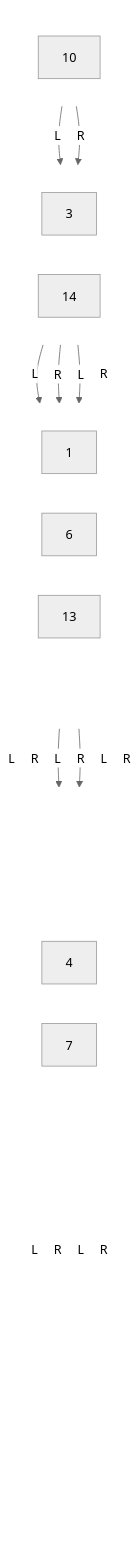
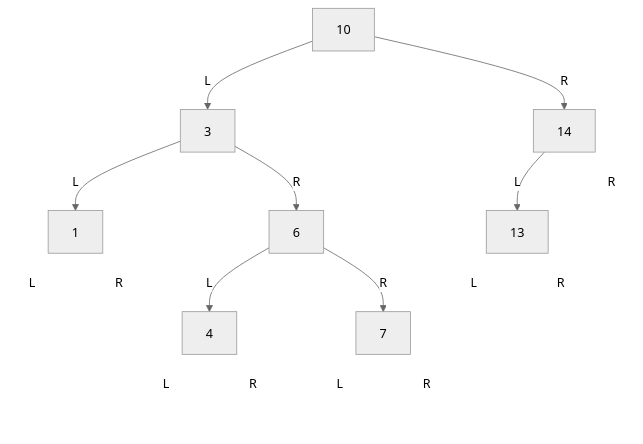
One commit to FormingSystem/linux_note changed diagram 12 of 28 in knowledge/linux/data_structures/红黑树_rb-tree/P03_二叉搜索树_BST.md. Above: the diagram before and after it, drawn with Mermaid (neutral theme). The commit also changed other lines of this file and 5 other files, not shown here.

First line of the commit message:
fix(repository/mermaid): 修复跨渲染器树图布局

````diff
--- a/knowledge/linux/data_structures/红黑树_rb-tree/P03_二叉搜索树_BST.md
+++ b/knowledge/linux/data_structures/红黑树_rb-tree/P03_二叉搜索树_BST.md
@@ -1125,82 +917,62 @@
 ```mermaid
 graph TD
-	subgraph level0[" "]
-		direction LR
 		A["10"]
-	end
 
-	subgraph level1[" "]
-		direction LR
 		B["3"]
 		C["14"]
-	end
 
-	subgraph level2[" "]
-		direction LR
 		D["1"]
 		E["6"]
 		F["13"]
 		C_R[" "]
-	end
 
-	subgraph level3[" "]
-		direction LR
 		D_L[" "]
 		D_R[" "]
 		G["4"]
 		H["7"]
 		F_L[" "]
 		F_R[" "]
-	end
 
-	subgraph level4[" "]
-		direction LR
 		G_L[" "]
 		G_R[" "]
 		H_L[" "]
 		H_R[" "]
-	end
 
 	A -->|L| B
 	A -->|R| C
 
 	B -->|L| D
 	B -->|R| E
 
 	C -->|L| F
 	C -->|R| C_R
 
 	D -->|L| D_L
 	D -->|R| D_R
 
 	E -->|L| G
 	E -->|R| H
 
 	F -->|L| F_L
 	F -->|R| F_R
 
 	G -->|L| G_L
 	G -->|R| G_R
 
 	H -->|L| H_L
 	H -->|R| H_R
 
 	classDef ghost fill:transparent,stroke:transparent,color:transparent;
 	class C_R,D_L,D_R,F_L,F_R,G_L,G_R,H_L,H_R ghost;
 
-	style level0 fill:transparent,stroke:transparent;
-	style level1 fill:transparent,stroke:transparent;
-	style level2 fill:transparent,stroke:transparent;
-	style level3 fill:transparent,stroke:transparent;
-	style level4 fill:transparent,stroke:transparent;
 
 	linkStyle 5 stroke:transparent;
 	linkStyle 6 stroke:transparent;
 	linkStyle 7 stroke:transparent;
 	linkStyle 10 stroke:transparent;
 	linkStyle 11 stroke:transparent;
 	linkStyle 12 stroke:transparent;
 	linkStyle 13 stroke:transparent;
 	linkStyle 14 stroke:transparent;
 	linkStyle 15 stroke:transparent;
 ```
````
